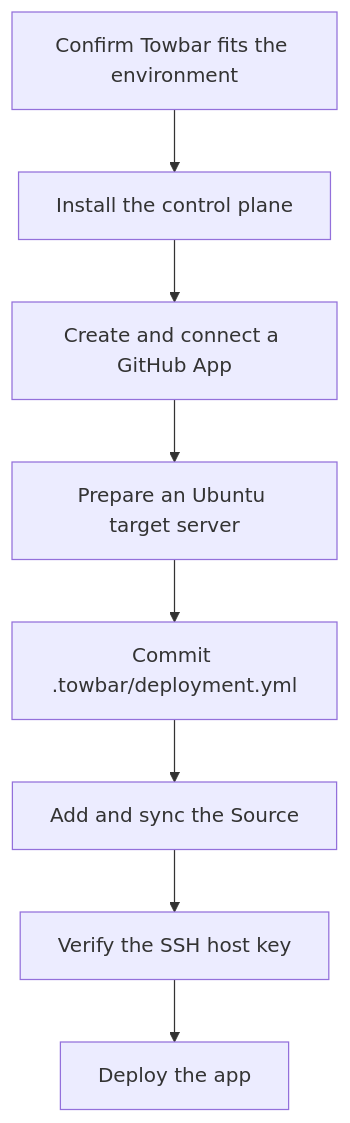
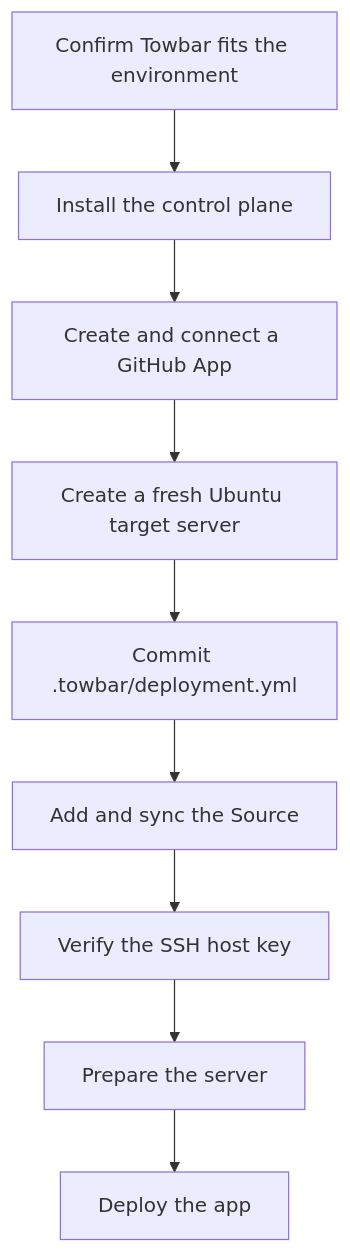
Before and after one commit to avgeek-inc/towbar: the diagram in docs/getting-started.md, drawn with Mermaid. The commit also changed other lines of this file and 43 other files, not shown here.

````diff
--- a/docs/getting-started.md
+++ b/docs/getting-started.md
@@ -6,10 +6,11 @@
 ```mermaid
 flowchart TD
   evaluate[Confirm Towbar fits the environment] --> control[Install the control plane]
   control --> github[Create and connect a GitHub App]
-  github --> target[Prepare an Ubuntu target server]
+  github --> target[Create a fresh Ubuntu target server]
   target --> manifest[Commit .towbar/deployment.yml]
   manifest --> source[Add and sync the Source]
   source --> trust[Verify the SSH host key]
-  trust --> release[Deploy the app]
+  trust --> prepare[Prepare the server]
+  prepare --> release[Deploy the app]
 ```
````
